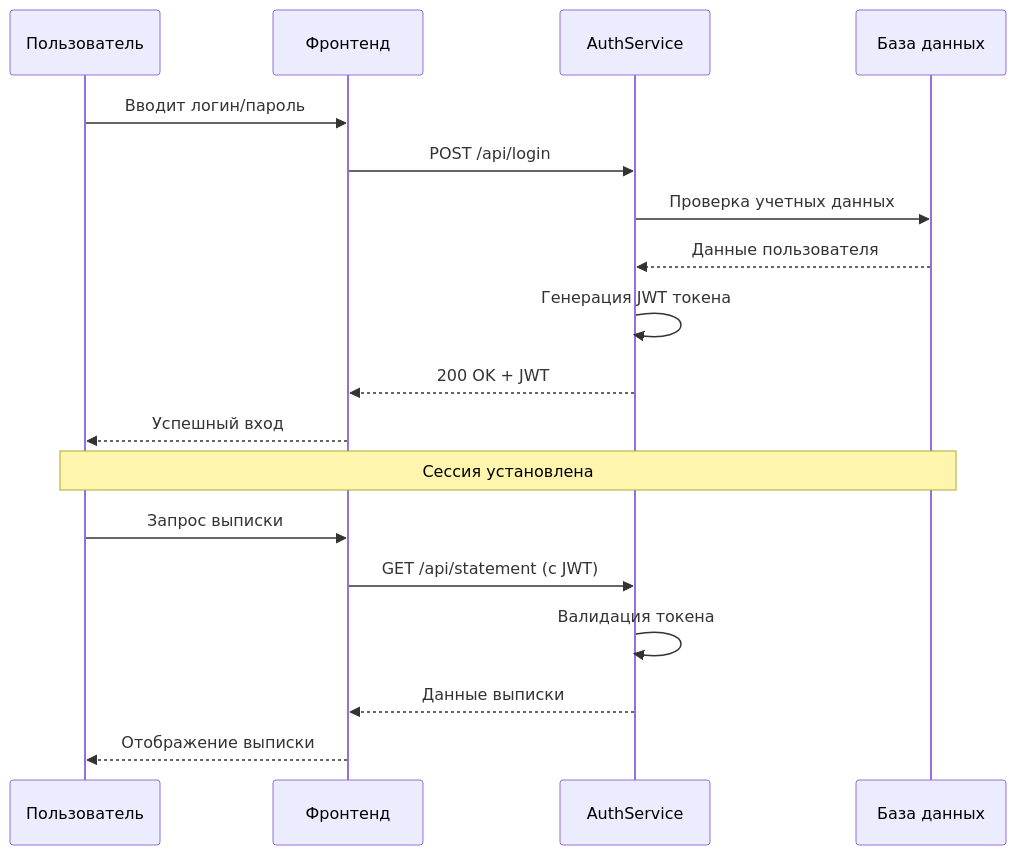
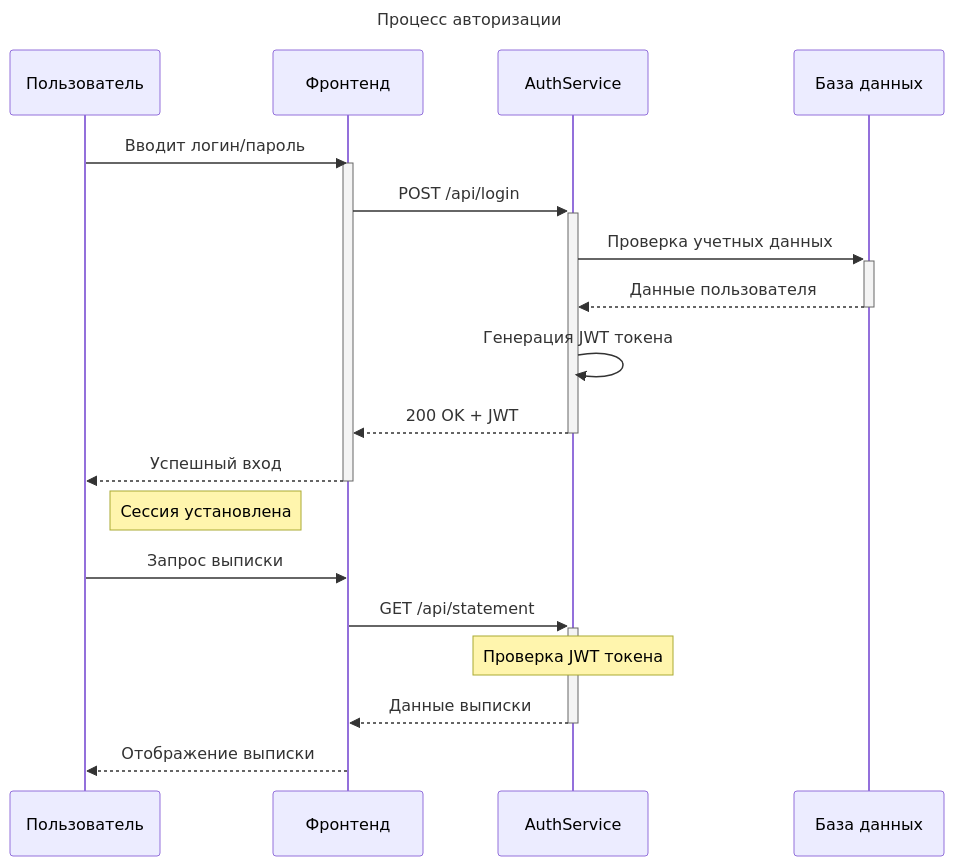
Before and after one commit to mxsmirnov/aix-labs: the second of 7 diagrams in mermaid.md, drawn with Mermaid. The commit also changed other lines of this file, not shown here.

````diff
--- a/mermaid.md
+++ b/mermaid.md
@@ -27,22 +51,26 @@
 ```mermaid
 sequenceDiagram
+    title: Процесс авторизации
     participant U as Пользователь
     participant FE as Фронтенд
-    participant A as AuthService
+    participant Auth as AuthService
     participant DB as База данных
     
     U->>FE: Вводит логин/пароль
-    FE->>A: POST /api/login
-    A->>DB: Проверка учетных данных
-    DB-->>A: Данные пользователя
-    A->>A: Генерация JWT токена
-    A-->>FE: 200 OK + JWT
+    activate FE
+    FE->>+Auth: POST /api/login
+    Auth->>+DB: Проверка учетных данных
+    DB-->>-Auth: Данные пользователя
+    Auth->>Auth: Генерация JWT токена
+    Auth-->>-FE: 200 OK + JWT
     FE-->>U: Успешный вход
+    deactivate FE
     
-    Note over U,DB: Сессия установлена
+    Note right of U: Сессия установлена
+    
     U->>FE: Запрос выписки
-    FE->>A: GET /api/statement (с JWT)
-    A->>A: Валидация токена
-    A-->>FE: Данные выписки
+    FE->>+Auth: GET /api/statement
+    Note over Auth: Проверка JWT токена
+    Auth-->>-FE: Данные выписки
     FE-->>U: Отображение выписки
 ```
````
